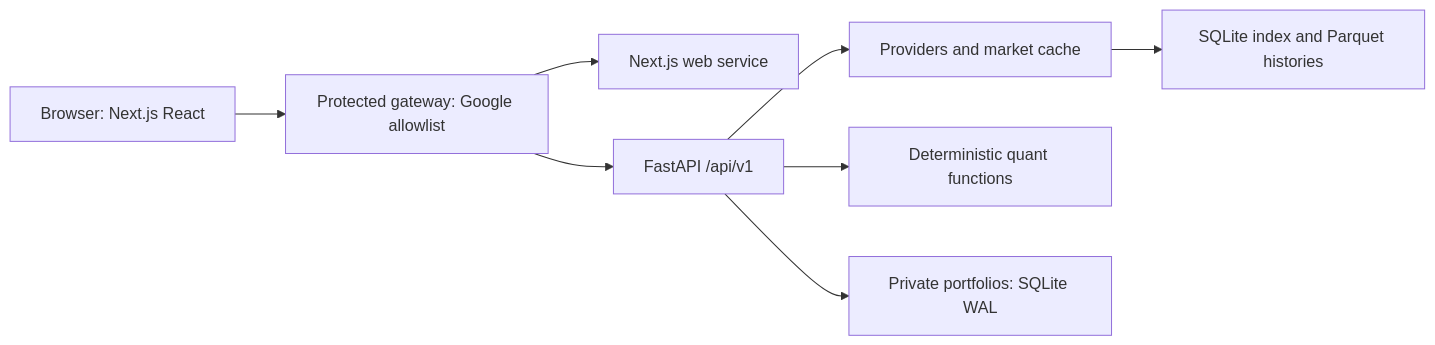
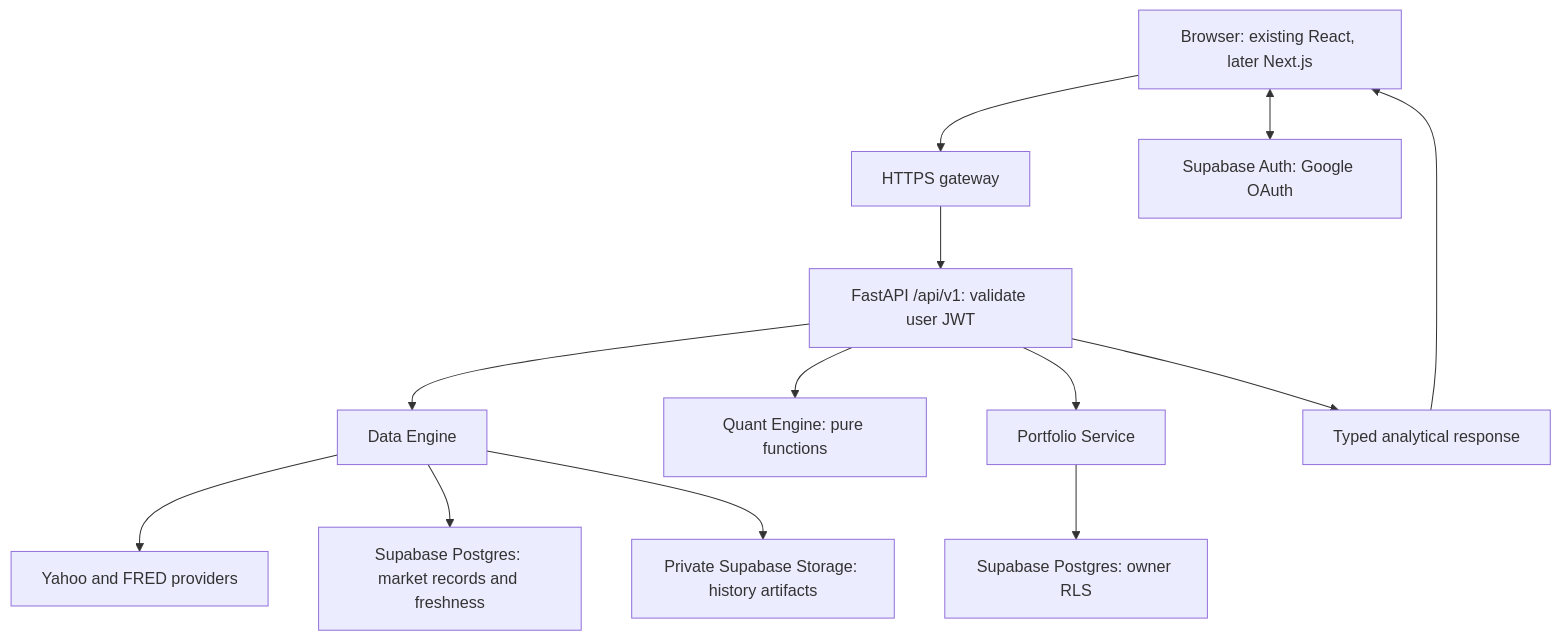
The diagram in docs/architecture.md (X8xpandax8X/Quant_dashboard), drawn with Mermaid before and after one commit. The commit also changed other lines of this file and 15 other files, not shown here.

First line of the commit message:
docs: plan Supabase core services, owner RLS and remote market persistence

````diff
--- a/docs/architecture.md
+++ b/docs/architecture.md
@@ -10,10 +16,15 @@
 ```mermaid
-flowchart LR
-  B[Browser: Next.js React] --> G[Protected gateway: Google allowlist]
-  G --> W[Next.js web service]
-  G --> A[FastAPI /api/v1]
-  A --> D[Providers and market cache]
-  A --> Q[Deterministic quant functions]
-  A --> P[Private portfolios: SQLite WAL]
-  D --> C[SQLite index and Parquet histories]
+flowchart TD
+  B[Browser: existing React, later Next.js] --> G[HTTPS gateway]
+  B <--> AU[Supabase Auth: Google OAuth]
+  G --> A[FastAPI /api/v1: validate user JWT]
+  A --> D[Data Engine]
+  A --> Q[Quant Engine: pure functions]
+  A --> P[Portfolio Service]
+  D --> E[Yahoo and FRED providers]
+  D --> M[Supabase Postgres: market records and freshness]
+  D --> S[Private Supabase Storage: history artifacts]
+  P --> R[Supabase Postgres: owner RLS]
+  A --> O[Typed analytical response]
+  O --> B
 ```
````
